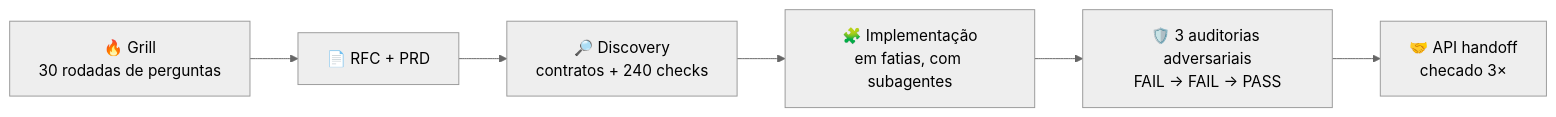
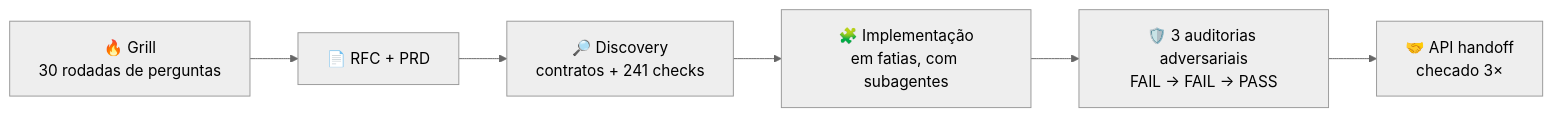
One commit to micaelcf/parcela-mais-case changed the fifth of 6 diagrams in README.md. Above: the diagram before and after it, drawn with Mermaid (neutral theme). The commit also changed other lines of this file and 5 other files, not shown here.

````diff
--- a/README.md
+++ b/README.md
@@ -169,8 +169,8 @@
 ```mermaid
 flowchart LR
     G["🔥 Grill<br/>30 rodadas de perguntas"] --> D["📄 RFC + PRD"]
-    D --> C["🔎 Discovery<br/>contratos + 240 checks"]
+    D --> C["🔎 Discovery<br/>contratos + 241 checks"]
     C --> S["🧩 Implementação<br/>em fatias, com subagentes"]
     S --> A["🛡️ 3 auditorias adversariais<br/>FAIL → FAIL → PASS"]
     A --> H["🤝 API handoff<br/>checado 3×"]
 ```
````
